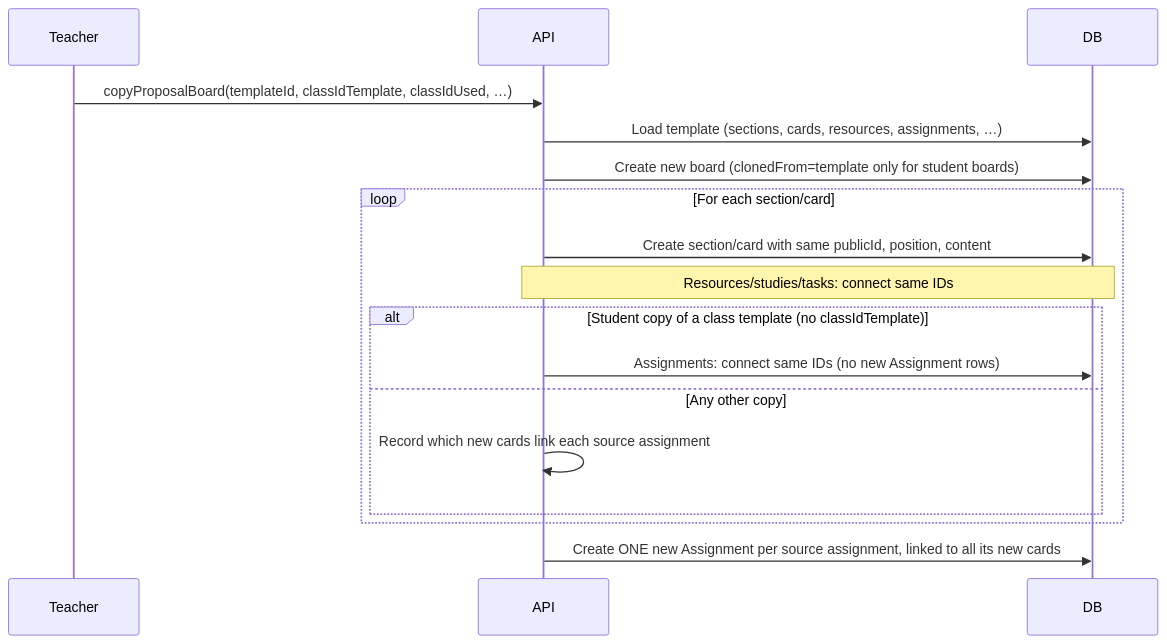
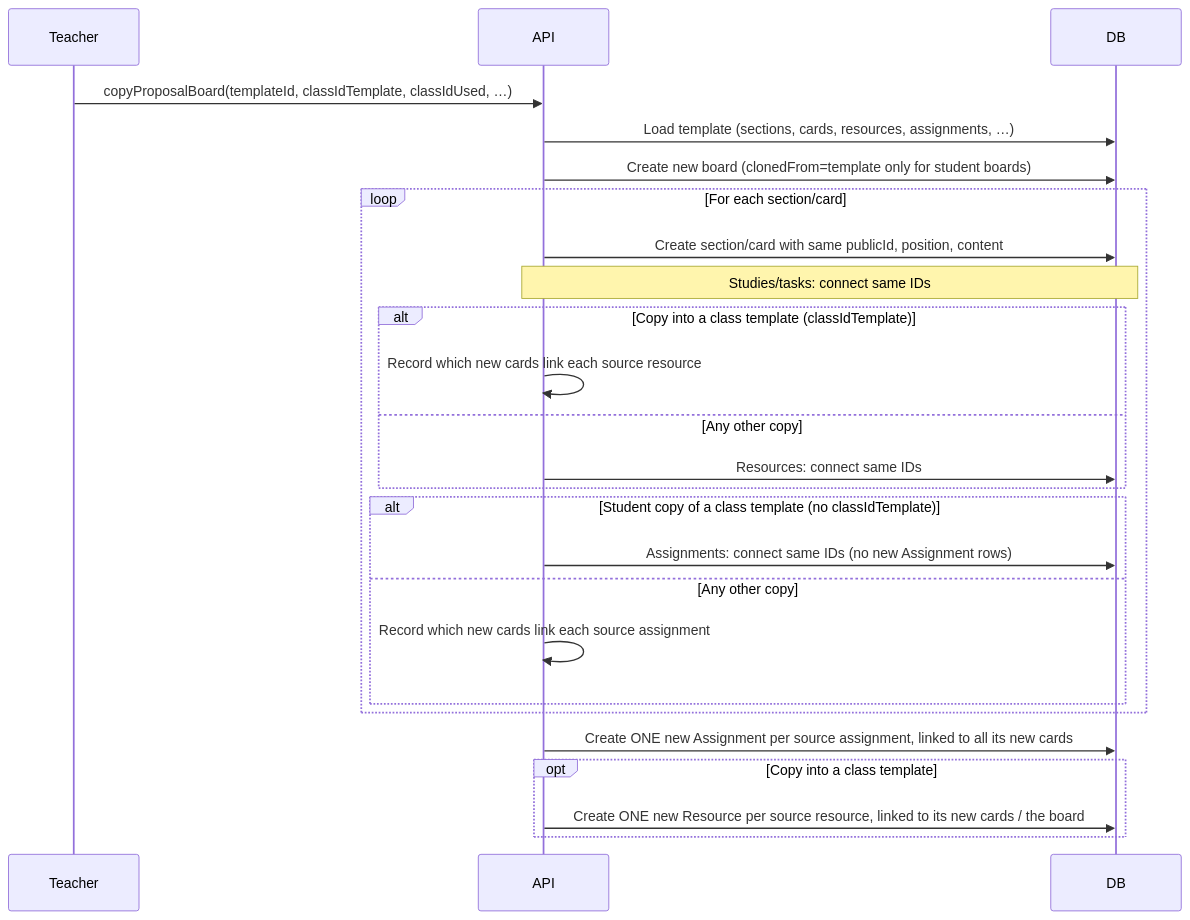
One commit to mindhiveproject/mindhive changed the fourth of 6 diagrams in keystone/docs/assignment-resources-board-propagation.md. Above: the diagram before and after it, drawn with Mermaid. The commit also changed other lines of this file and 11 other files, not shown here.

Commit message:
(resources) copy resources into class templates, let class staff edit copies

````diff
--- a/keystone/docs/assignment-resources-board-propagation.md
+++ b/keystone/docs/assignment-resources-board-propagation.md
@@ -122,20 +123,28 @@
 ```mermaid
 sequenceDiagram
   participant Teacher
   participant API
   participant DB
 
   Teacher->>API: copyProposalBoard(templateId, classIdTemplate, classIdUsed, …)
   API->>DB: Load template (sections, cards, resources, assignments, …)
   API->>DB: Create new board (clonedFrom=template only for student boards)
   loop For each section/card
     API->>DB: Create section/card with same publicId, position, content
-    Note over API,DB: Resources/studies/tasks: connect same IDs
+    Note over API,DB: Studies/tasks: connect same IDs
+    alt Copy into a class template (classIdTemplate)
+      API->>API: Record which new cards link each source resource
+    else Any other copy
+      API->>DB: Resources: connect same IDs
+    end
     alt Student copy of a class template (no classIdTemplate)
       API->>DB: Assignments: connect same IDs (no new Assignment rows)
     else Any other copy
       API->>API: Record which new cards link each source assignment
     end
   end
   API->>DB: Create ONE new Assignment per source assignment, linked to all its new cards
+  opt Copy into a class template
+    API->>DB: Create ONE new Resource per source resource, linked to its new cards / the board
+  end
 ```
````
